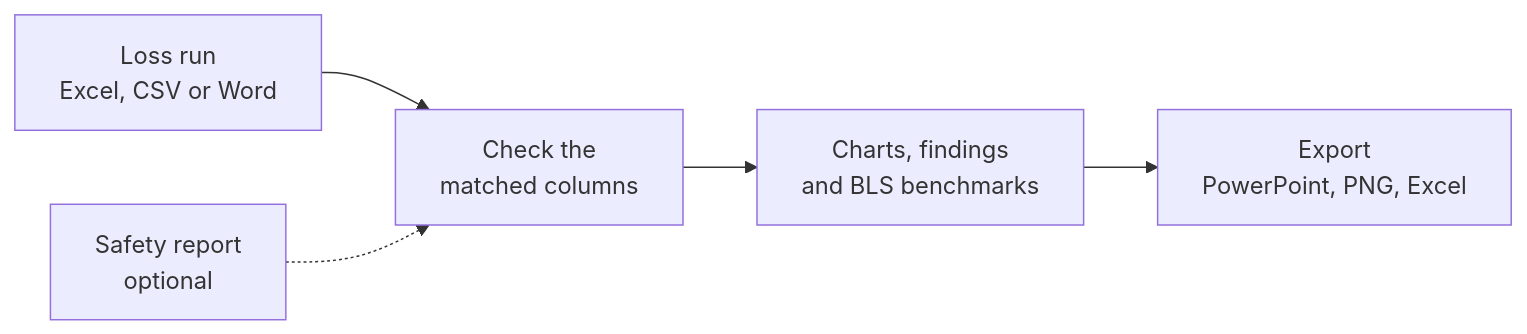
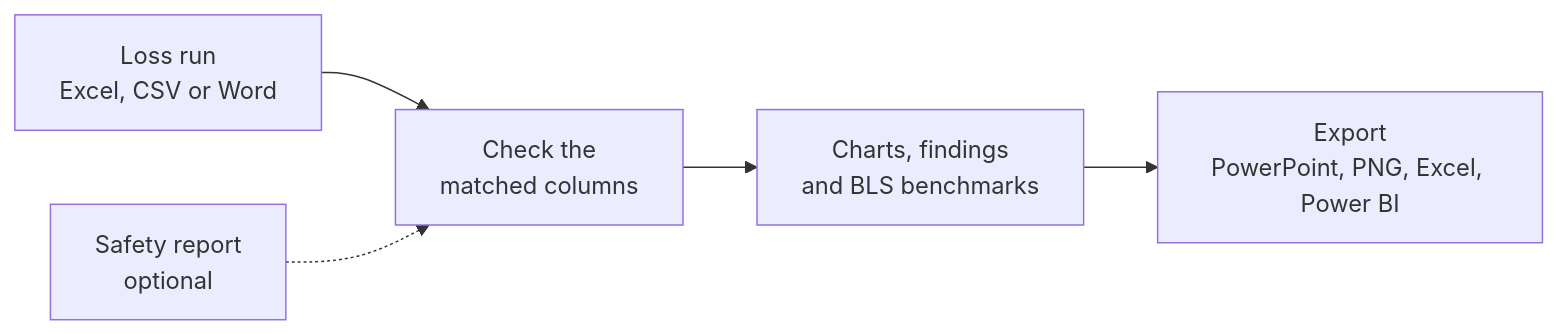
The diagram in README.md (Raxa-Personal-Hobby/loss-dashboard), drawn with Mermaid before and after one commit. The commit also changed other lines of this file and 10 other files, not shown here.

First line of the commit message:
Add Power BI data model export and `pnpm powerbi` command

````diff
--- a/README.md
+++ b/README.md
@@ -50,7 +50,7 @@
 ```mermaid
 flowchart LR
     A[Loss run<br/>Excel, CSV or Word] --> B[Check the<br/>matched columns]
     S[Safety report<br/>optional] -.-> B
     B --> C[Charts, findings<br/>and BLS benchmarks]
-    C --> D[Export<br/>PowerPoint, PNG, Excel]
+    C --> D[Export<br/>PowerPoint, PNG, Excel, Power BI]
 ```
````
